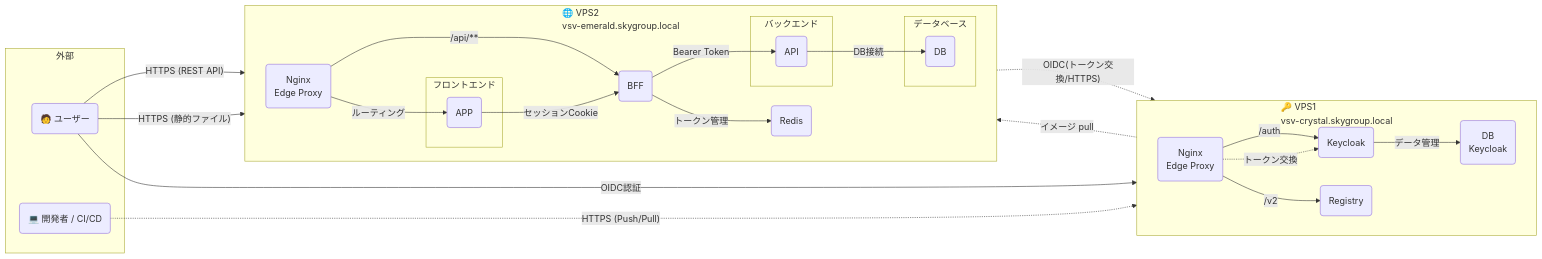
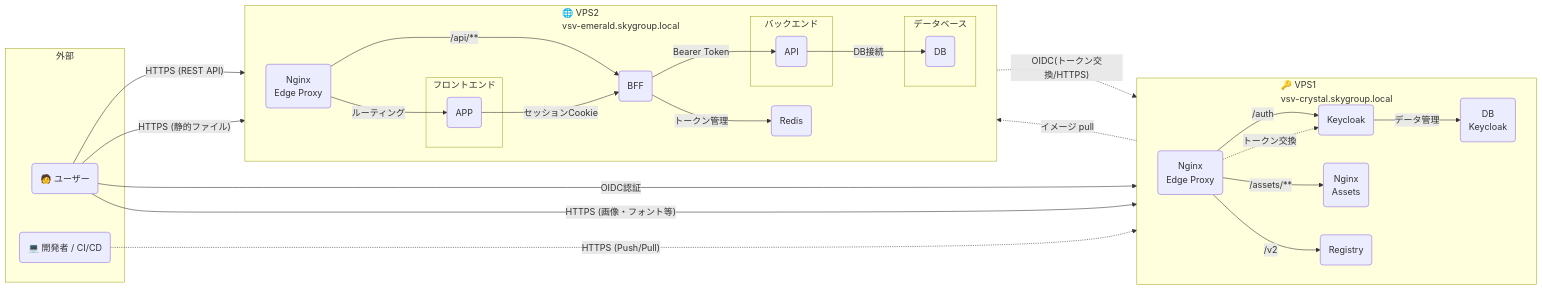
Before and after one commit to Ndia-R/vsv-emerald: the first of 5 diagrams in system-architecture-overview-vps2.md, drawn with Mermaid. The commit also changed other lines of this file and 10 other files, not shown here.

````diff
--- a/system-architecture-overview-vps2.md
+++ b/system-architecture-overview-vps2.md
@@ -16,60 +16,69 @@
 ```mermaid
 graph LR
     subgraph 外部
         User(🧑 ユーザー)
         Developer(💻 開発者 / CI/CD)
     end
 
     subgraph VPS1 [🔑 VPS1<br>vsv-crystal.skygroup.local]
         direction LR
         Nginx_VPS1(Nginx<br>Edge Proxy)
         Keycloak(Keycloak)
         Keycloak_DB(DB<br>Keycloak)
         Registry(Registry)
+        Nginx_Assets(Nginx<br>Assets)
     end
 
     subgraph VPS2 [🌐 VPS2<br>vsv-emerald.skygroup.local]
         direction LR
         Nginx_VPS2(Nginx<br>Edge Proxy)
         subgraph Apps [フロントエンド]
             APP(APP)
         end
         BFF(BFF)
         subgraph Apis [バックエンド]
             API(API)
         end
         Redis(Redis)
         subgraph Databases [データベース]
             DB(DB)
         end
     end
 
-    %% ユーザーアクセス (VPS1へ - 認証・レジストリ)
+    %% ユーザーアクセス (VPS1へ - 認証)
     User -- OIDC認証 --> Nginx_VPS1
     Nginx_VPS1 -- /auth --> Keycloak
+
+    %% ユーザーアクセス (VPS1へ - 画像・フォント等)
+    User -- HTTPS (画像・フォント等) --> Nginx_VPS1
+    Nginx_VPS1 -- /assets/** --> Nginx_Assets
+
+    %% ユーザーアクセス (VPS2へ - REST API)
+    User -- HTTPS (REST API) --> Nginx_VPS2
+    Nginx_VPS2 -- /api/** --> BFF
+
+    %% ユーザーアクセス (VPS2へ - 静的ファイル)
+    User -- HTTPS (静的ファイル) --> Nginx_VPS2
+    Nginx_VPS2 -- ルーティング --> APP
+
+    %% 開発者アクセス (VPS1へ - レジストリ)
     Developer -. HTTPS (Push/Pull) .-> Nginx_VPS1
     Nginx_VPS1 -- /v2 --> Registry
-
-    %% ユーザーアクセス (VPS2へ - 2つの経路)
-    User -- HTTPS (REST API) --> Nginx_VPS2
-    Nginx_VPS2 -- /api/** --> BFF
-    User -- HTTPS (静的ファイル) --> Nginx_VPS2
-    Nginx_VPS2 -- ルーティング --> APP
 
     %% 認証フロー (VPS間連携)
     BFF -. OIDC(トークン交換/HTTPS) .-> Nginx_VPS1
     Nginx_VPS1 -. トークン交換 .-> Keycloak
 
     %% VPS1 内部通信
     Keycloak -- データ管理 --> Keycloak_DB
 
     %% アプリケーション内通信 (VPS2内部)
     APP -- セッションCookie --> BFF
     BFF -- Bearer Token --> API
     BFF -- トークン管理 --> Redis
     API -- DB接続 --> DB
 
     %% その他依存関係
     %% VPS2のコンテナはRegistryからPullされる
     Registry -. イメージ pull .-> VPS2
 ```
````
